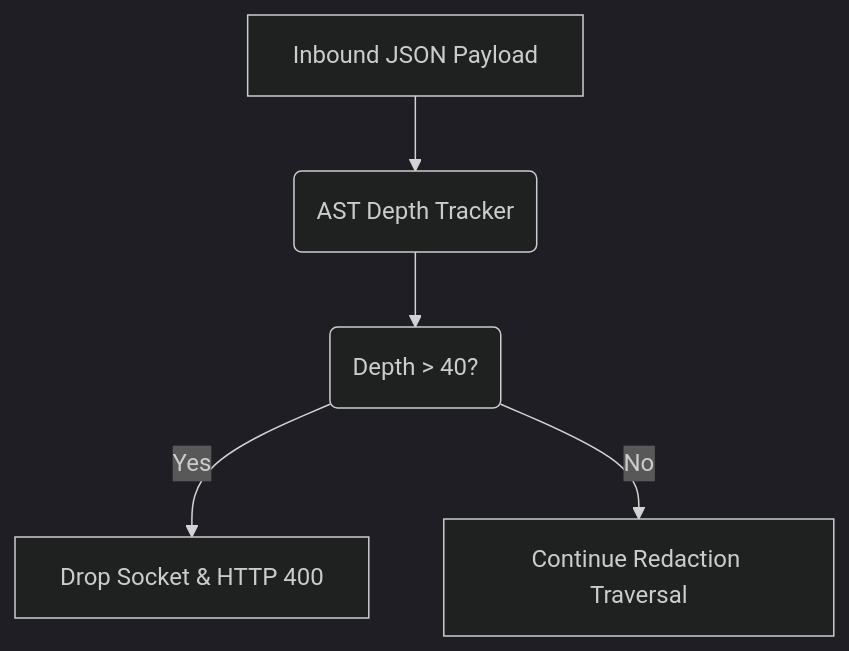
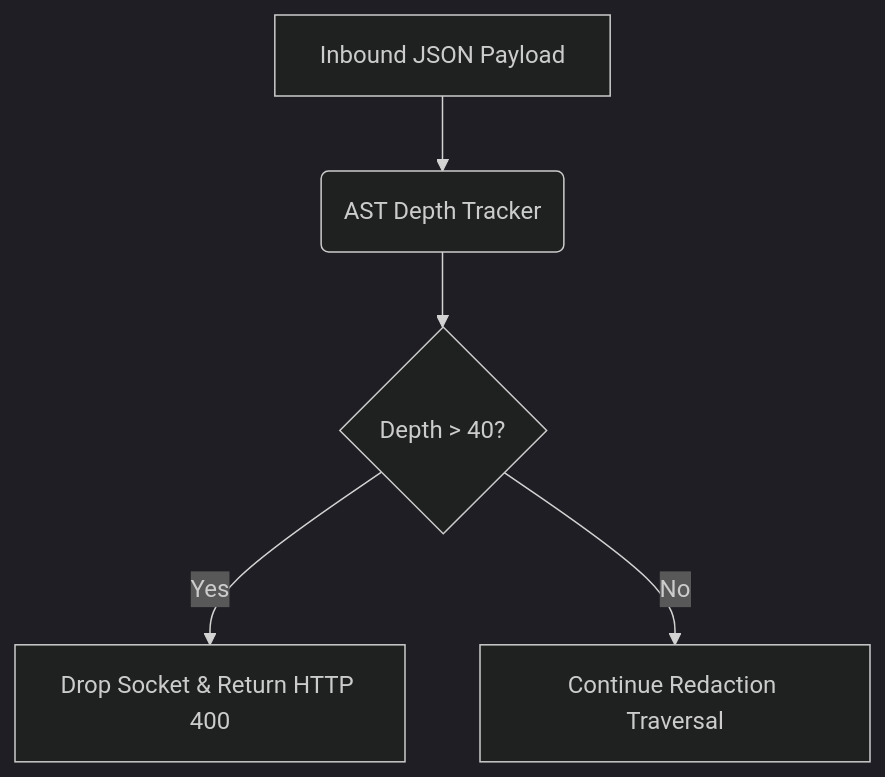
One commit to ninadphalak/LLM-Shield-Proxy changed the diagram in website/docs/features/data-protection-pii-redaction/json-bomb-payload-nesting-depth-protection.md. Above: the diagram before and after it, drawn with Mermaid (dark theme). The commit also changed other lines of this file and 94 other files, not shown here.

````diff
--- a/website/docs/features/data-protection-pii-redaction/json-bomb-payload-nesting-depth-protection.md
+++ b/website/docs/features/data-protection-pii-redaction/json-bomb-payload-nesting-depth-protection.md
@@ -16,7 +15,7 @@
 ```mermaid
 flowchart TD
     A[Inbound JSON Payload] --> B(AST Depth Tracker)
-    B --> C(Depth > 40?)
-    C -->|Yes| D[Drop Socket & HTTP 400]
+    B --> C{Depth > 40?}
+    C -->|Yes| D[Drop Socket & Return HTTP 400]
     C -->|No| E[Continue Redaction Traversal]
 ```
````
